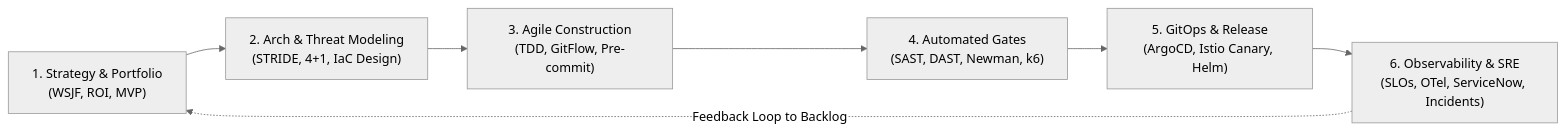
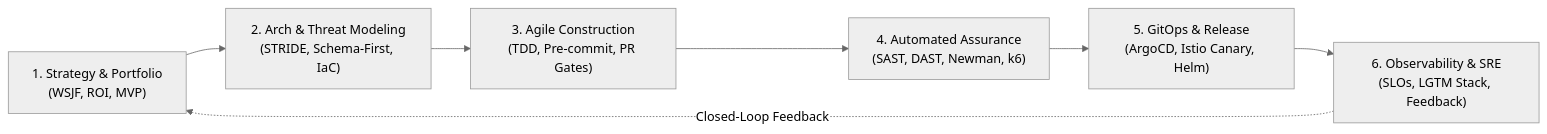
One commit to GeorgeGxx/microservices-architecture changed the first of 4 diagrams in docs/03-devsecops-and-testing/DEVSECOPS_GOVERNANCE_AND_MODEL.md. Above: the diagram before and after it, drawn with Mermaid (neutral theme). The commit also changed other lines of this file and 3 other files, not shown here.

First line of the commit message:
docs(devsecops): modernize S-SDLC lifecycle workflow and synchronize architecture diagrams

````diff
--- a/docs/03-devsecops-and-testing/DEVSECOPS_GOVERNANCE_AND_MODEL.md
+++ b/docs/03-devsecops-and-testing/DEVSECOPS_GOVERNANCE_AND_MODEL.md
@@ -17,9 +17,9 @@
 ```mermaid
 flowchart LR
-    A["1. Strategy & Portfolio<br/>(WSJF, ROI, MVP)"] --> B["2. Arch & Threat Modeling<br/>(STRIDE, 4+1, IaC Design)"]
-    B --> C["3. Agile Construction<br/>(TDD, GitFlow, Pre-commit)"]
-    C --> D["4. Automated Gates<br/>(SAST, DAST, Newman, k6)"]
+    A["1. Strategy & Portfolio<br/>(WSJF, ROI, MVP)"] --> B["2. Arch & Threat Modeling<br/>(STRIDE, Schema-First, IaC)"]
+    B --> C["3. Agile Construction<br/>(TDD, Pre-commit, PR Gates)"]
+    C --> D["4. Automated Assurance<br/>(SAST, DAST, Newman, k6)"]
     D --> E["5. GitOps & Release<br/>(ArgoCD, Istio Canary, Helm)"]
-    E --> F["6. Observability & SRE<br/>(SLOs, OTel, ServiceNow, Incidents)"]
-    F -.->|"Feedback Loop to Backlog"| A
+    E --> F["6. Observability & SRE<br/>(SLOs, LGTM Stack, Feedback)"]
+    F -.->|"Closed-Loop Feedback"| A
 ```
````
